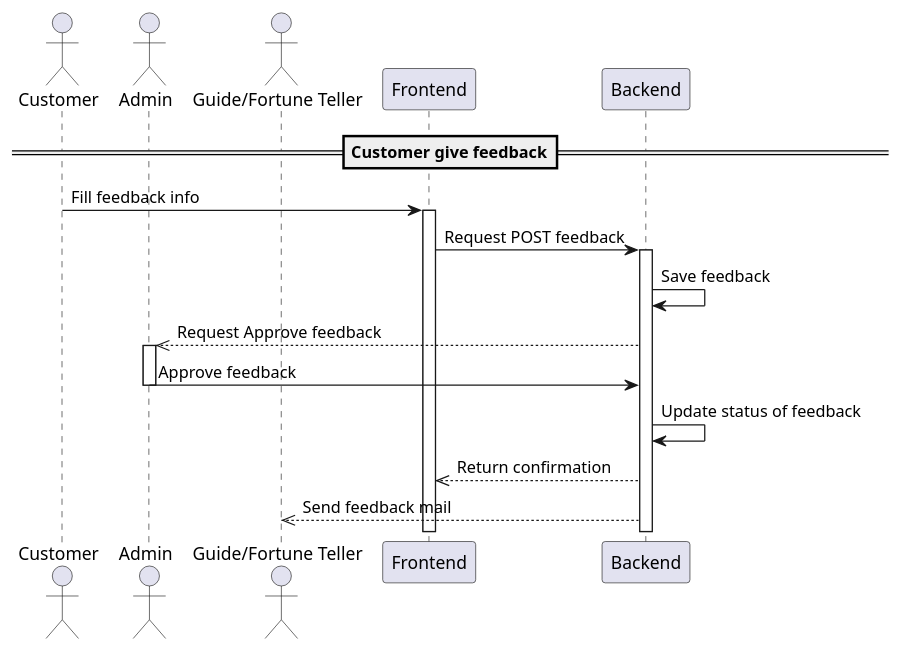
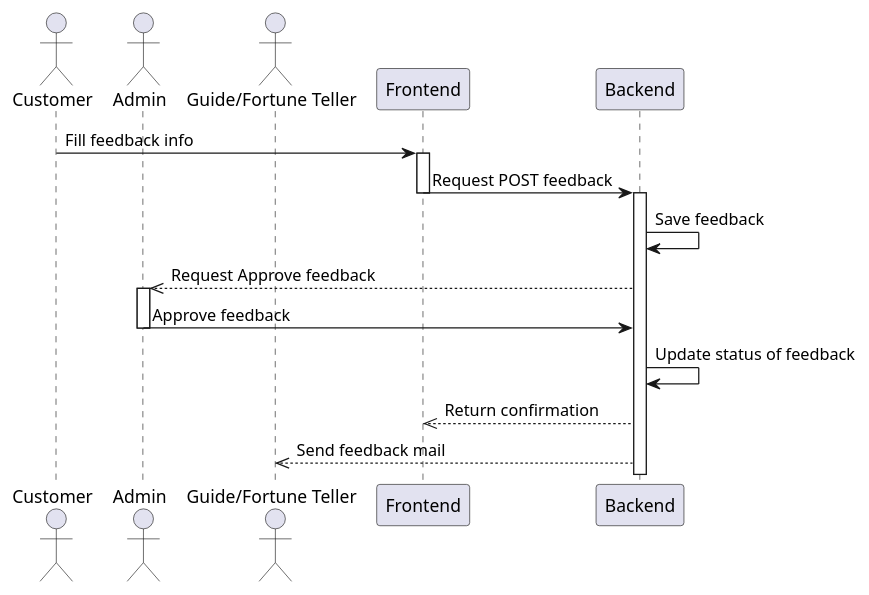
The seventh of 7 diagrams in Sequence-diagram.plantuml (Nxwbtk/SA-Diagram), drawn with PlantUML before and after one commit. The commit also changed other lines of this file and 10 other files, not shown here.

Commit message:
Update sequence

```diff
--- a/Sequence-diagram.plantuml
+++ b/Sequence-diagram.plantuml
@@ -178,20 +210,20 @@
 @startuml
-==Customer give feedback==
 actor Customer
 actor Admin
 actor "Guide/Fortune Teller" as GF
 participant "Frontend" as FE
 participant "Backend" as BE
 Customer -> FE: Fill feedback info
 activate FE
 FE -> BE: Request POST feedback
+deactivate FE
 activate BE
 BE -> BE: Save feedback
 BE -->> Admin: Request Approve feedback
 activate Admin
 Admin -> BE: Approve feedback
 deactivate Admin
 BE -> BE: Update status of feedback
 BE -->> FE: Return confirmation
 BE -->> GF: Send feedback mail
 @enduml
```
